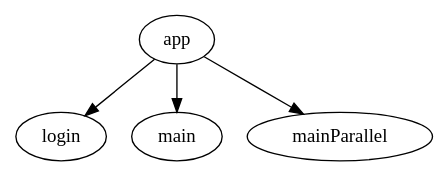
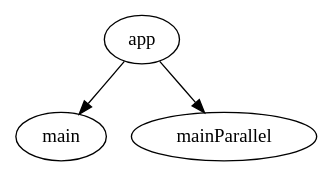
The diagram in sample-compose/app/routing/src/main/way/app-flow.dot (appKODE/way), drawn with Graphviz before and after one commit. The commit also changed 55 other files, not shown here.

First line of the commit message:
Schema extension, lazy regions, focused region host (#13)

```diff
--- a/sample-compose/app/routing/src/main/way/app-flow.dot
+++ b/sample-compose/app/routing/src/main/way/app-flow.dot
@@ -1,12 +1,10 @@
 digraph App {
   package = "ru.kode.way.sample.compose.app.routing"
 
   app [type=flow]
-  login [type=schema, resultType = "ru.kode.way.sample.compose.login.routing.LoginFlowResult"]
   main [type=schema, resultType = "ru.kode.way.sample.compose.main.routing.MainFlowResult"]
   mainParallel [type=schema]
 
-  app -> login
   app -> main
   app -> mainParallel
 }
```
